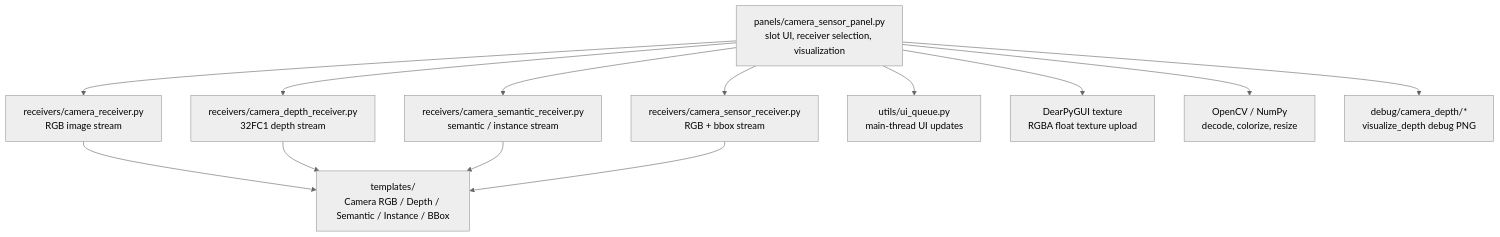
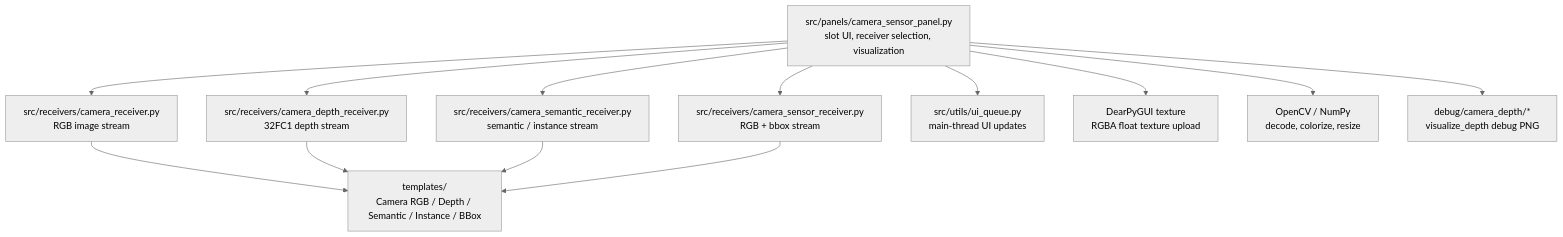
The second of 5 diagrams in docs/code-review-graph.md (MORAI-Autonomous/MORAI-SimControl_v2.1), drawn with Mermaid (neutral theme) before and after one commit. The commit also changed other lines of this file and 136 other files, not shown here.

````diff
--- a/docs/code-review-graph.md
+++ b/docs/code-review-graph.md
@@ -54,29 +54,29 @@
 ```mermaid
 flowchart TD
-    camera_panel["panels/camera_sensor_panel.py<br/>slot UI, receiver selection, visualization"]
+    camera_panel["src/panels/camera_sensor_panel.py<br/>slot UI, receiver selection, visualization"]
 
-    rgb_receiver["receivers/camera_receiver.py<br/>RGB image stream"]
-    depth_receiver["receivers/camera_depth_receiver.py<br/>32FC1 depth stream"]
-    seg_receiver["receivers/camera_semantic_receiver.py<br/>semantic / instance stream"]
-    bbox_receiver["receivers/camera_sensor_receiver.py<br/>RGB + bbox stream"]
+    rgb_receiver["src/receivers/camera_receiver.py<br/>RGB image stream"]
+    depth_receiver["src/receivers/camera_depth_receiver.py<br/>32FC1 depth stream"]
+    seg_receiver["src/receivers/camera_semantic_receiver.py<br/>semantic / instance stream"]
+    bbox_receiver["src/receivers/camera_sensor_receiver.py<br/>RGB + bbox stream"]
 
     templates["templates/<br/>Camera RGB / Depth / Semantic / Instance / BBox"]
-    ui_queue["utils/ui_queue.py<br/>main-thread UI updates"]
+    ui_queue["src/utils/ui_queue.py<br/>main-thread UI updates"]
     dpg["DearPyGUI texture<br/>RGBA float texture upload"]
     opencv["OpenCV / NumPy<br/>decode, colorize, resize"]
     debug_png["debug/camera_depth/*<br/>visualize_depth debug PNG"]
 
     camera_panel --> rgb_receiver
     camera_panel --> depth_receiver
     camera_panel --> seg_receiver
     camera_panel --> bbox_receiver
     camera_panel --> ui_queue
     camera_panel --> opencv
     camera_panel --> dpg
     camera_panel --> debug_png
 
     rgb_receiver --> templates
     depth_receiver --> templates
     seg_receiver --> templates
     bbox_receiver --> templates
 ```
````
